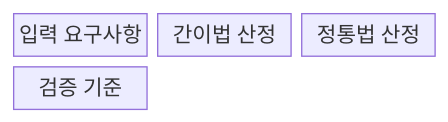
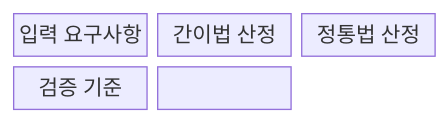
One commit to agnusdei1207/knowledge-base changed the first of 2 diagrams in src/content/docs/notes/03-software/074_fp_estimation_method.md. Above: the diagram before and after it, drawn with Mermaid. The commit also changed other lines of this file and 20 other files, not shown here.

````diff
--- a/src/content/docs/notes/03-software/074_fp_estimation_method.md
+++ b/src/content/docs/notes/03-software/074_fp_estimation_method.md
@@ -56,8 +59,10 @@
 ```mermaid
-block-beta
+block
   columns 3
   R["입력 요구사항"]
   E["간이법 산정"]
   D["정통법 산정"]
   V["검증 기준"]
+  R --> E --> V
+  R --> D --> V
 ```
````
